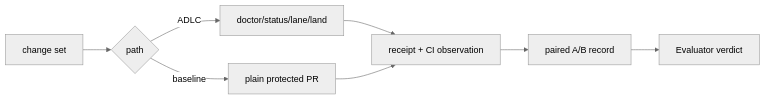
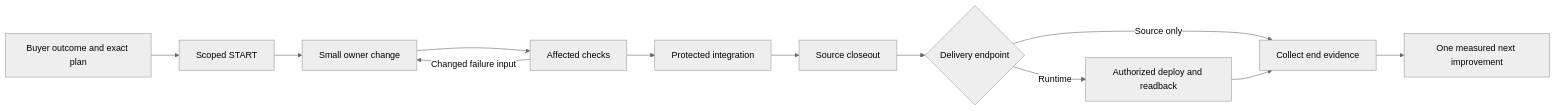
One commit to huijoohwee/huijoohwee.github.io changed the diagram in docs/documents/prd-tad-adr-mvp-gtm-adlc-economy.md. Above: the diagram before and after it, drawn with Mermaid (neutral theme). The commit also changed other lines of this file, not shown here.

Commit message:
docs: simplify and ground end-to-end ADLC economy

````diff
--- a/docs/documents/prd-tad-adr-mvp-gtm-adlc-economy.md
+++ b/docs/documents/prd-tad-adr-mvp-gtm-adlc-economy.md
@@ -201,10 +144,14 @@
 ```mermaid
 flowchart LR
-  A[change set] --> B{path}
-  B -->|ADLC| C[doctor/status/lane/land]
-  B -->|baseline| D[plain protected PR]
-  C --> E[receipt + CI observation]
-  D --> E
-  E --> F[paired A/B record]
-  F --> G[Evaluator verdict]
+  A[Buyer outcome and exact plan] --> B[Scoped START]
+  B --> C[Small owner change]
+  C --> D[Affected checks]
+  D --> E[Protected integration]
+  E --> F[Source closeout]
+  F --> G{Delivery endpoint}
+  G -->|Source only| I[Collect end evidence]
+  G -->|Runtime| H[Authorized deploy and readback]
+  H --> I
+  I --> J[One measured next improvement]
+  D -->|Changed failure input| C
 ```
````
